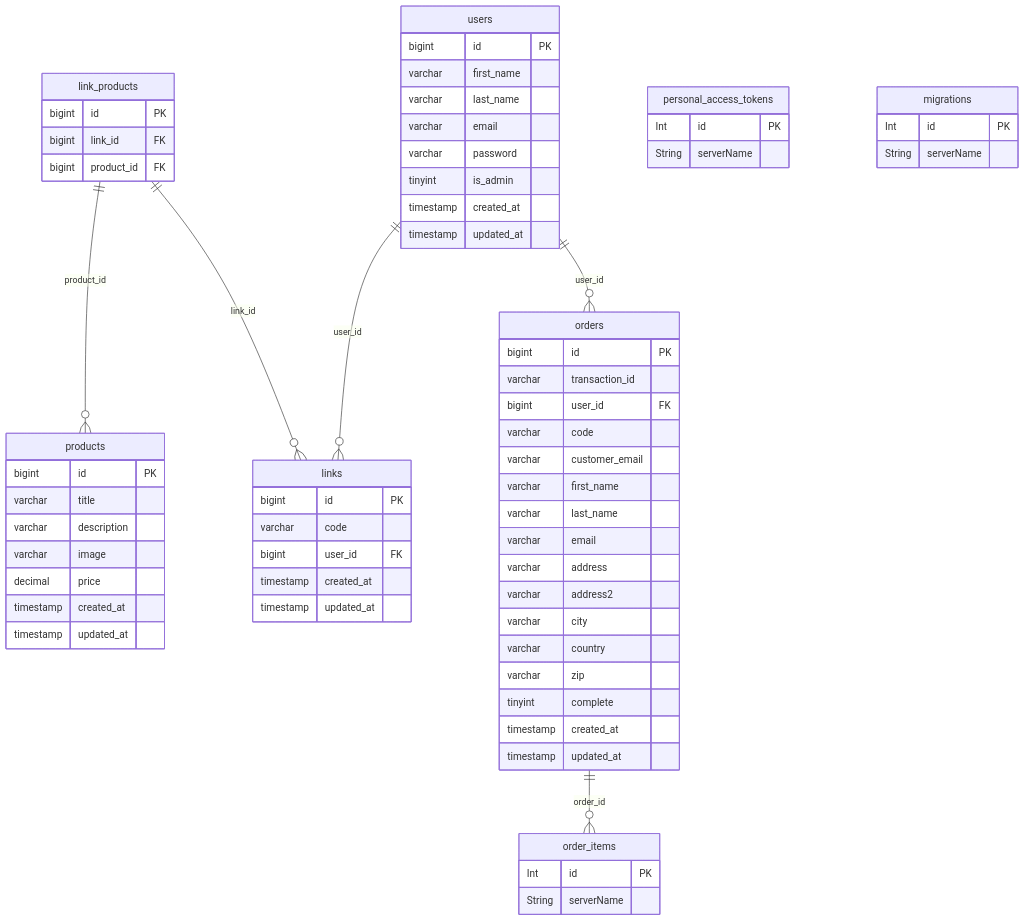
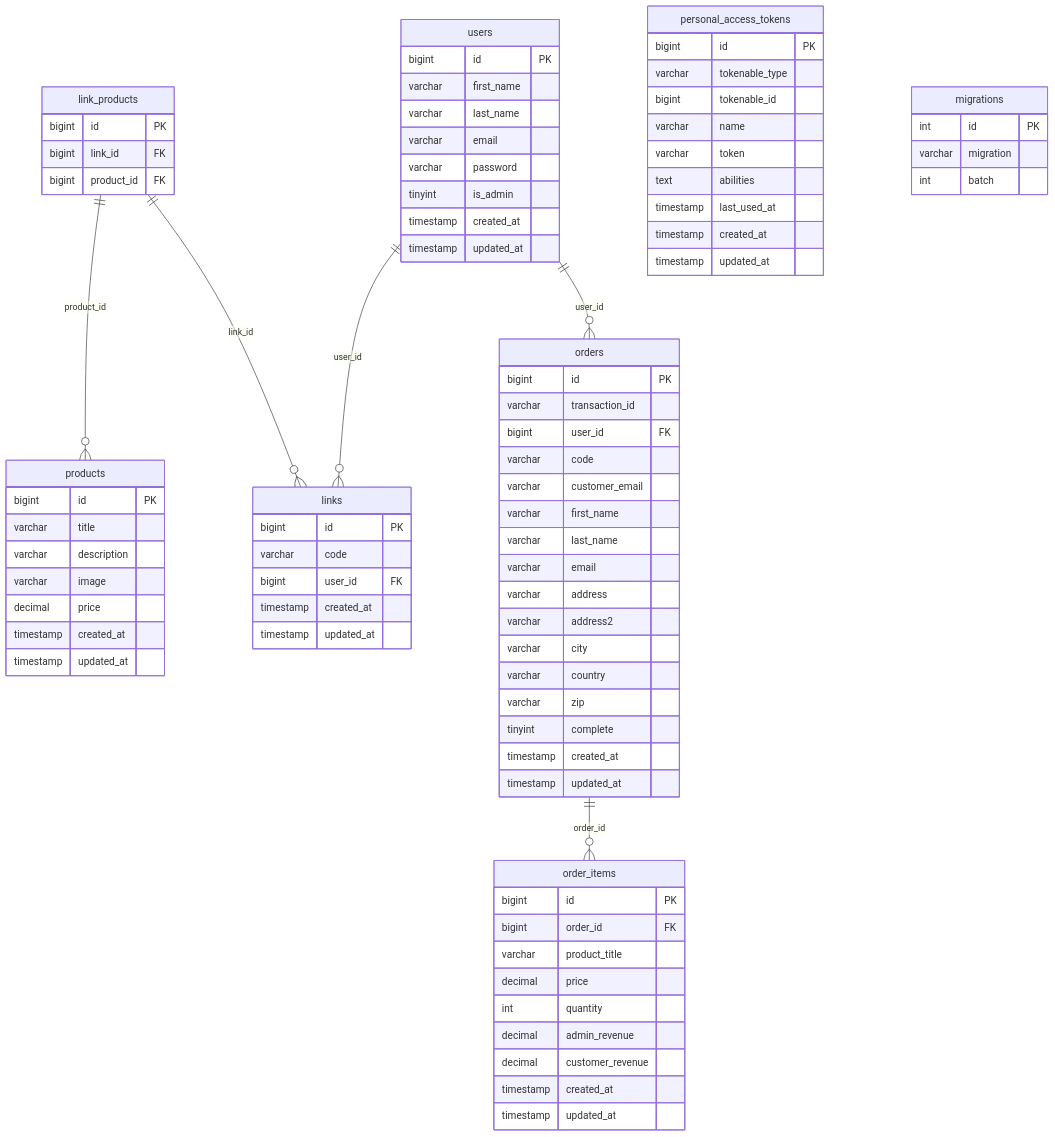
Before and after one commit to devkiloton/laravel-ambassador: the diagram in README.md, drawn with Mermaid.

Commit message:
FInishing table declarations

```diff
--- a/README.md
+++ b/README.md
@@ -93,18 +93,33 @@
     }
 
     order_items {
-        Int id PK
-        String serverName
+        bigint id PK
+        bigint order_id FK
+        varchar product_title
+        decimal price
+        int quantity
+        decimal admin_revenue
+        decimal customer_revenue
+        timestamp created_at
+        timestamp updated_at
     }
     
     personal_access_tokens {
-        Int id PK
-        String serverName
+        bigint id PK
+        varchar tokenable_type
+        bigint tokenable_id
+        varchar name
+        varchar token
+        text abilities
+        timestamp last_used_at
+        timestamp created_at
+        timestamp updated_at
     }
 
     migrations {
-        Int id PK
-        String serverName
+        int id PK
+        varchar migration
+        int batch
     }
 
     orders ||--o{ order_items : order_id
```
